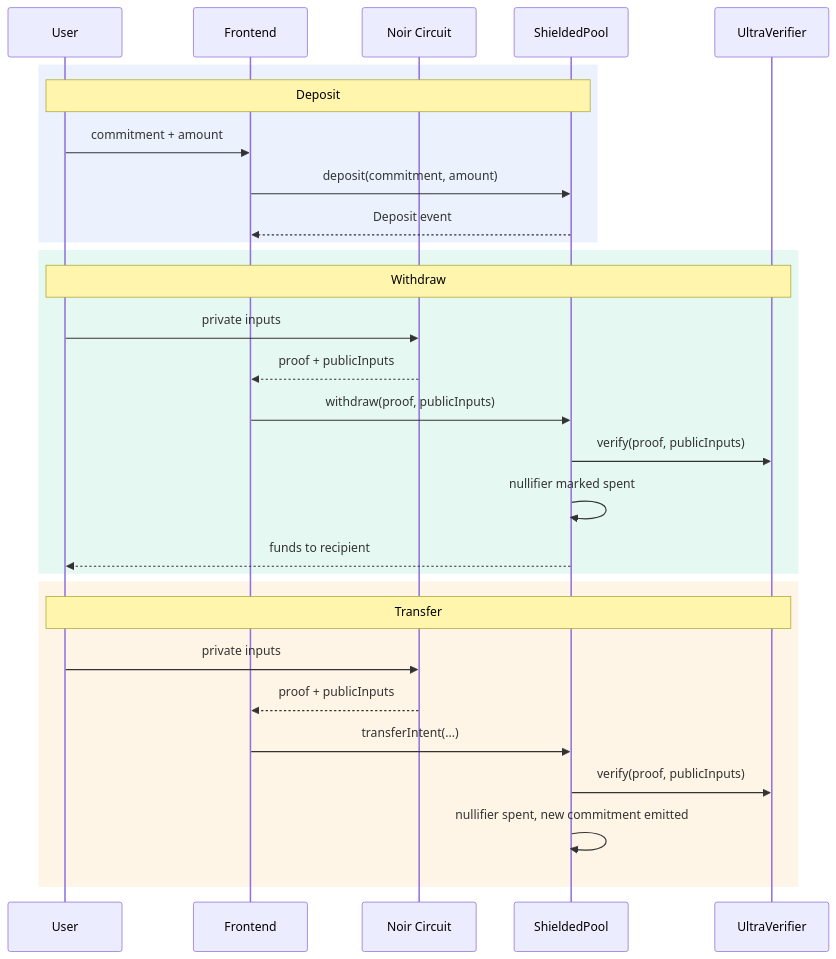
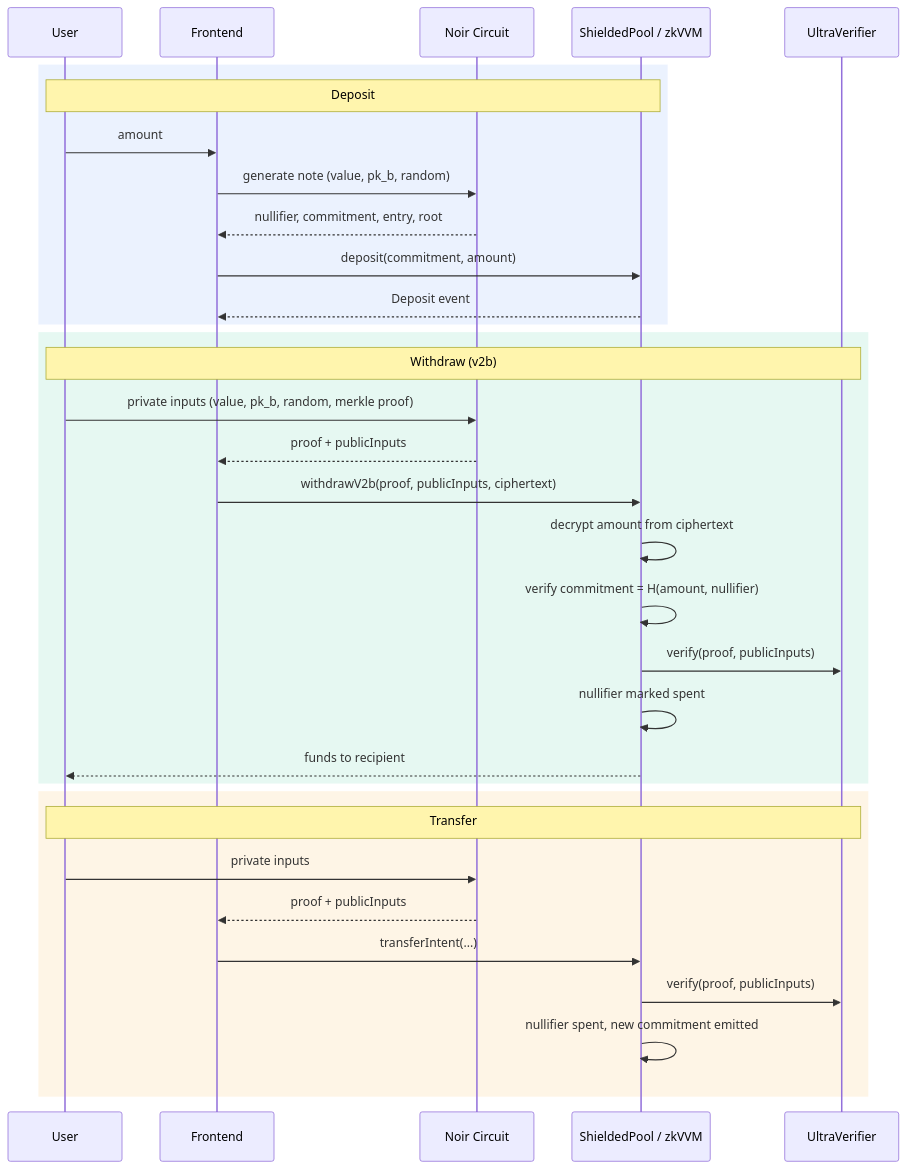
The second of 2 diagrams in README.md (ArturVargas/zkVVM), drawn with Mermaid before and after one commit. The commit also changed other lines of this file and 1 other file, not shown here.

Commit message:
feat: Add zkVVM institutional pitch document and update README to reflect EVVM integration and enhanced privacy features.

````diff
--- a/README.md
+++ b/README.md
@@ -81,34 +102,38 @@
 ```mermaid
 sequenceDiagram
     participant User
     participant Frontend
     participant Noir as Noir Circuit
-    participant Pool as ShieldedPool
+    participant Pool as ShieldedPool / zkVVM
     participant Verifier as UltraVerifier
 
     rect rgb(59, 130, 246, 0.1)
         Note over User,Pool: Deposit
-        User->>Frontend: commitment + amount
+        User->>Frontend: amount
+        Frontend->>Noir: generate note (value, pk_b, random)
+        Noir-->>Frontend: nullifier, commitment, entry, root
         Frontend->>Pool: deposit(commitment, amount)
         Pool-->>Frontend: Deposit event
     end
 
     rect rgb(16, 185, 129, 0.1)
-        Note over User,Verifier: Withdraw
-        User->>Noir: private inputs
+        Note over User,Verifier: Withdraw (v2b)
+        User->>Noir: private inputs (value, pk_b, random, merkle proof)
         Noir-->>Frontend: proof + publicInputs
-        Frontend->>Pool: withdraw(proof, publicInputs)
+        Frontend->>Pool: withdrawV2b(proof, publicInputs, ciphertext)
+        Pool->>Pool: decrypt amount from ciphertext
+        Pool->>Pool: verify commitment = H(amount, nullifier)
         Pool->>Verifier: verify(proof, publicInputs)
         Pool->>Pool: nullifier marked spent
         Pool-->>User: funds to recipient
     end
 
     rect rgb(245, 158, 11, 0.1)
         Note over User,Verifier: Transfer
         User->>Noir: private inputs
         Noir-->>Frontend: proof + publicInputs
         Frontend->>Pool: transferIntent(...)
         Pool->>Verifier: verify(proof, publicInputs)
         Pool->>Pool: nullifier spent, new commitment emitted
     end
 ```
````
